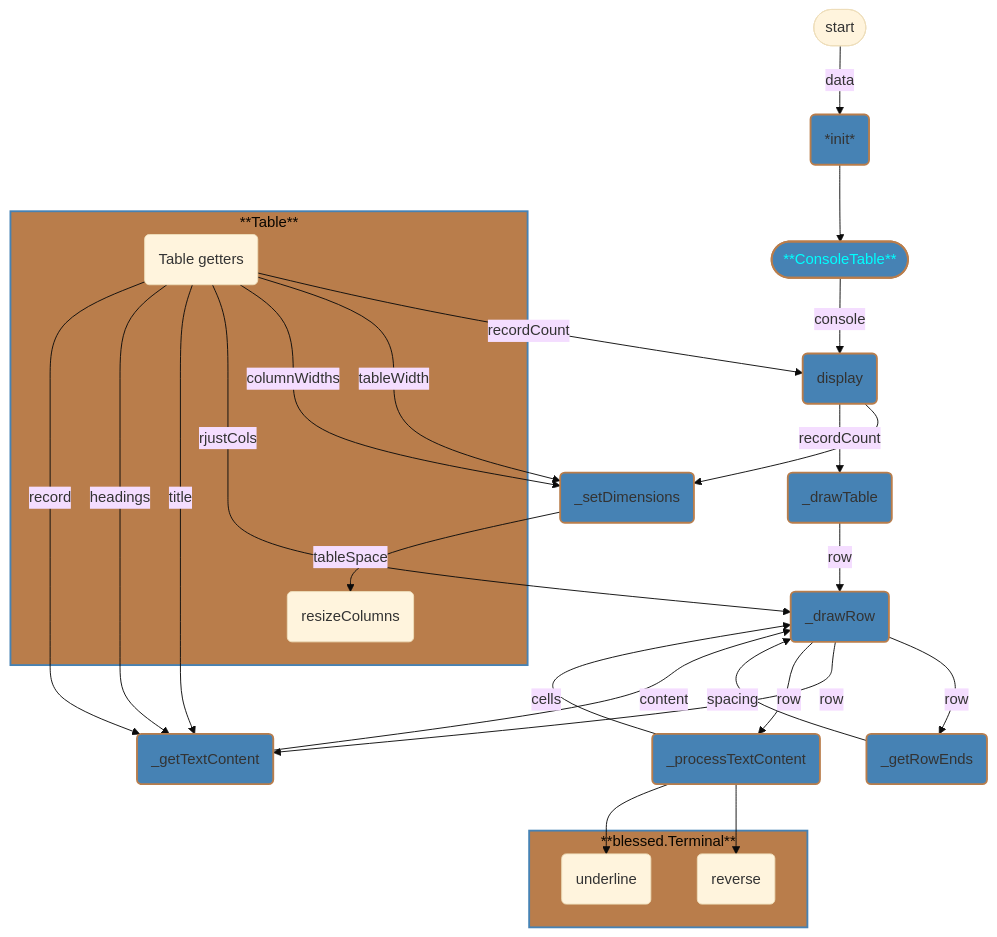
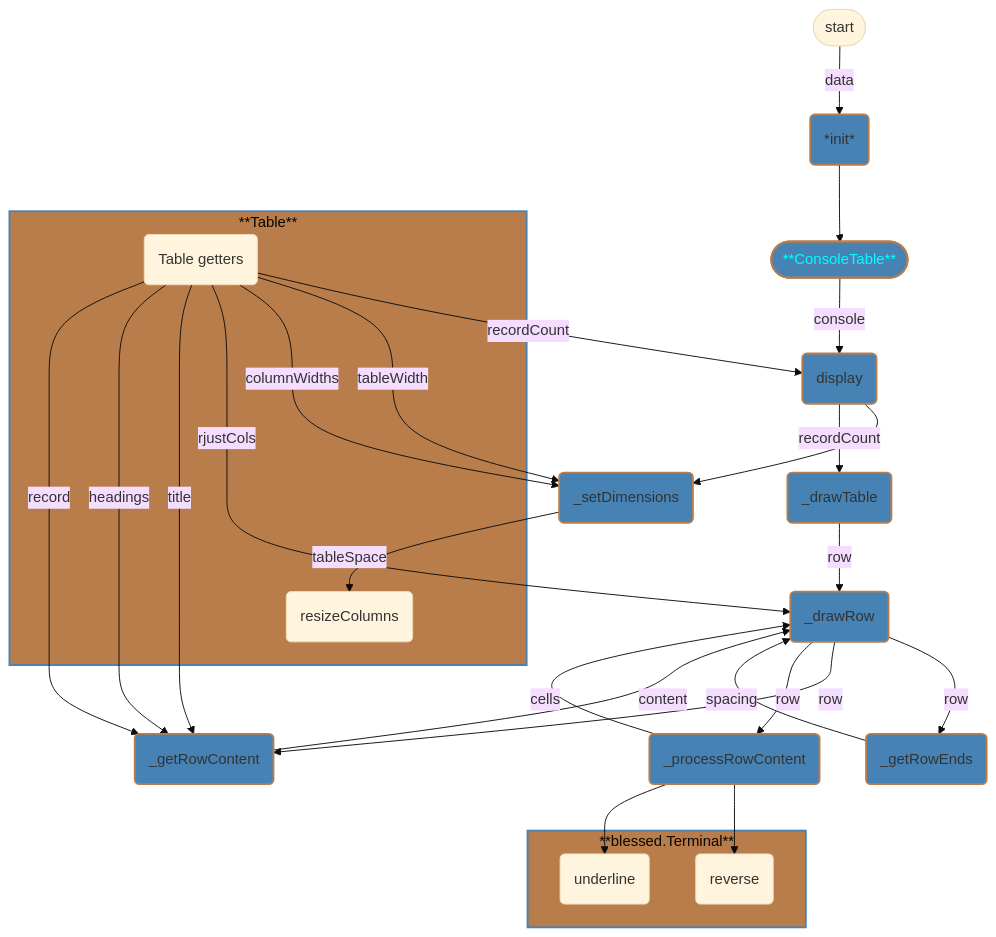
One commit to 7s4e/p3 changed diagram 15 of 23 in scripts/console/design.md. Above: the diagram before and after it, drawn with Mermaid (base theme). The commit also changed other lines of this file and 2 other files, not shown here.

Commit message:
stub testGetRowContent

````diff
--- a/scripts/console/design.md
+++ b/scripts/console/design.md
@@ -441,47 +441,47 @@
 ```mermaid
 graph
     style MAIN fill:#4682b4,stroke:#b97d4b,stroke-width:2px,color:#0ff
     style T fill:#b97d4b,stroke:#4682b4,stroke-width:2px
     style C fill:#b97d4b,stroke:#4682b4,stroke-width:2px
     classDef method fill:#4682b4,stroke:#b97d4b,stroke-width:2px
     STRT([start])
         STRT -- data --> INIT
     INIT(*init*):::method
         INIT --> MAIN
     MAIN([**ConsoleTable**])
         MAIN -- console  --> DSPL
     DSPL(display):::method
         DSPL                 --> SDMN
         TGET -- recordCount --> DSPL
         DSPL -- recordCount --> DTBL
     SDMN(_setDimensions):::method
         TGET -- tableWidth   --> SDMN
         SDMN -- tableSpace   --> RSZC
         TGET -- columnWidths --> SDMN
     DTBL(_drawTable):::method
         DTBL -- row --> DROW
     DROW(_drawRow):::method
         TGET -- rjustCols --> DROW
         DROW -- row       --> GRWE
         GRWE -- spacing   --> DROW
         DROW -- row       --> GTXT
         GTXT -- content   --> DROW
         DROW -- row       --> PTXT
         PTXT -- cells     --> DROW
     GRWE(_getRowEnds):::method
-    GTXT(_getTextContent):::method
+    GTXT(_getRowContent):::method
         TGET -- title    --> GTXT
         TGET -- headings --> GTXT
         TGET -- record   --> GTXT
-    PTXT(_processTextContent):::method
+    PTXT(_processRowContent):::method
         PTXT --> RVRS
         PTXT --> UDLN
     subgraph T [**Table**]
         TGET(Table getters)
         RSZC(resizeColumns)
     end
     subgraph C [**blessed.Terminal**]
         RVRS(reverse)
         UDLN(underline)
     end
 ```
````
